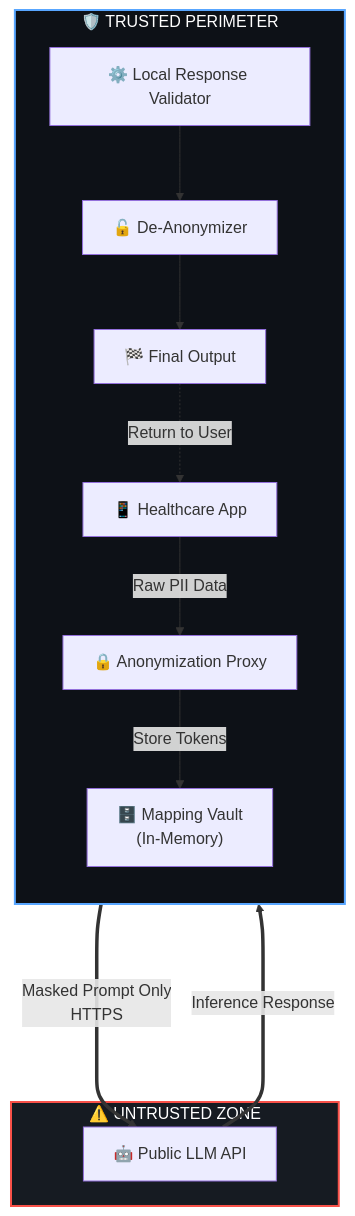
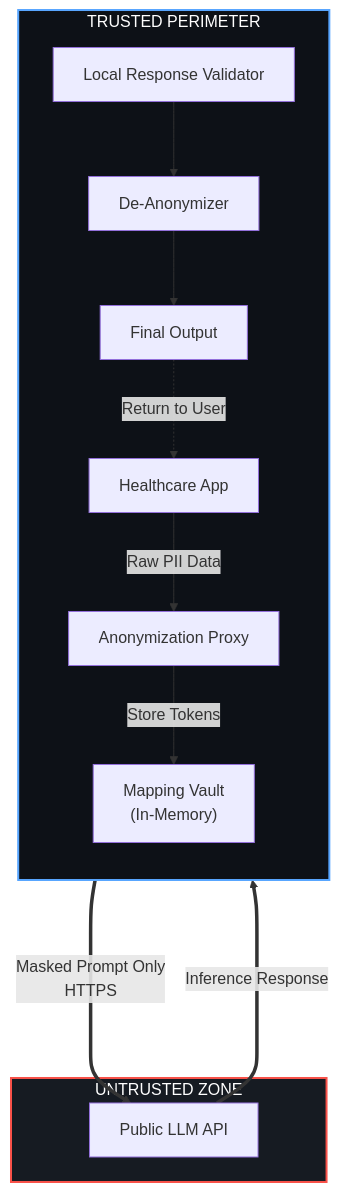
The first of 2 diagrams in README.md (snehaeengineer-cmyk/privacy-preserving-llm-inference), drawn with Mermaid before and after one commit. The commit also changed other lines of this file and 3 other files, not shown here.

Commit message:
fix mermaid block declaration for pipeline

````diff
--- a/README.md
+++ b/README.md
@@ -37,34 +37,34 @@
 ```mermaid
 flowchart TD
     %% Define the Trusted Perimeter Box
-    subgraph Trusted [🛡️ TRUSTED PERIMETER]
+    subgraph Trusted [ TRUSTED PERIMETER]
         direction TB
-        App["📱 Healthcare App"]
-        Proxy["🔒 Anonymization Proxy"]
-        Vault["🗄️ Mapping Vault <br> (In-Memory)"]
-        Validator["⚙️ Local Response Validator"]
-        DeAnon["🔓 De-Anonymizer"]
-        Output["🏁 Final Output"]
+        App[" Healthcare App"]
+        Proxy[" Anonymization Proxy"]
+        Vault[" Mapping Vault <br> (In-Memory)"]
+        Validator[" Local Response Validator"]
+        DeAnon[" De-Anonymizer"]
+        Output[" Final Output"]
 
         %% Inner trusted flow
         App -->|Raw PII Data| Proxy
         Proxy -->|Store Tokens| Vault
         Validator --> DeAnon
         DeAnon --> Output
         Output -.->|Return to User| App
     end
 
     %% Define the Untrusted Box
-    subgraph Untrusted [⚠️ UNTRUSTED ZONE]
-        LLM["🤖 Public LLM API"]
+    subgraph Untrusted [ UNTRUSTED ZONE]
+        LLM["Public LLM API"]
     end
 
     %% Cross-boundary communication
     Proxy ====>|Masked Prompt Only <br> HTTPS| LLM
     LLM ====>|Inference Response| Validator
 
     %% Styling
     style Trusted fill:#0d1117,stroke:#58a6ff,stroke-width:2px,color:#fff
     style Untrusted fill:#161b22,stroke:#f85149,stroke-width:2px,color:#fff
 
 ```
````
